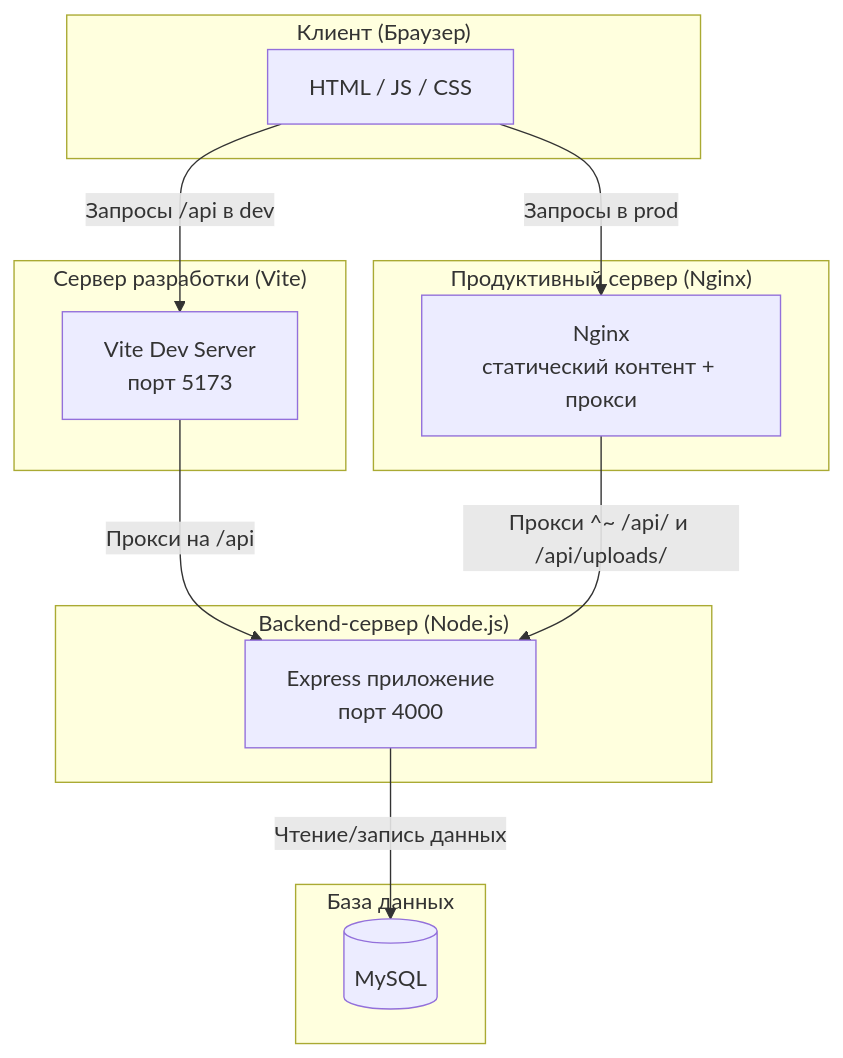
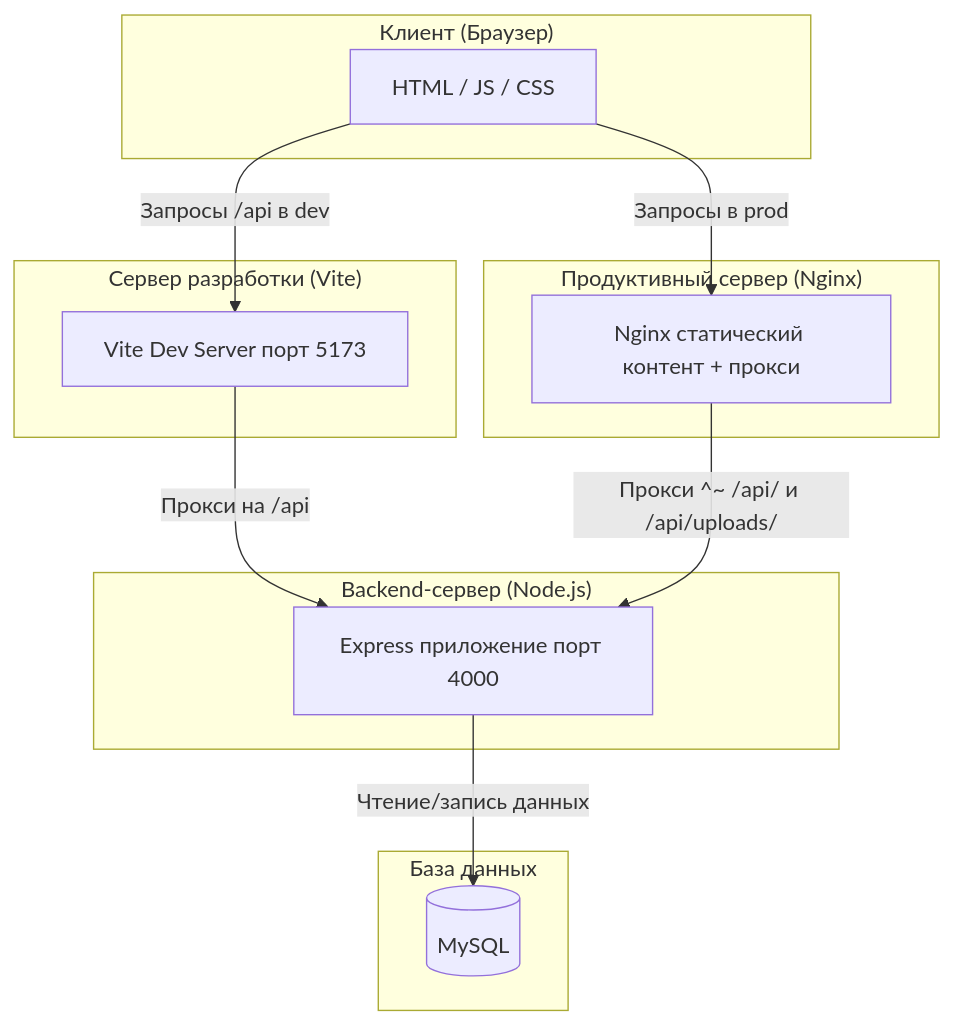
One commit to Syharik3316/SyharikFinance changed the second of 3 diagrams in README.md. Above: the diagram before and after it, drawn with Mermaid. The commit also changed other lines of this file, not shown here.

````diff
--- a/README.md
+++ b/README.md
@@ -71,28 +71,28 @@
 ```mermaid
 graph TD
     subgraph "Клиент (Браузер)"
         A[HTML / JS / CSS]
     end
 
     subgraph "Сервер разработки (Vite)"
-        B[Vite Dev Server\nпорт 5173]
+        B[Vite Dev Server порт 5173]
     end
 
     subgraph "Продуктивный сервер (Nginx)"
-        C[Nginx\nстатический контент + прокси]
+        C[Nginx статический контент + прокси]
     end
 
     subgraph "Backend-сервер (Node.js)"
-        D[Express приложение\nпорт 4000]
+        D[Express приложение порт 4000]
     end
 
     subgraph "База данных"
         E[(MySQL)]
     end
 
     A -- "Запросы /api в dev" --> B
     B -- "Прокси на /api" --> D
     A -- "Запросы в prod" --> C
     C -- "Прокси ^~ /api/ и /api/uploads/" --> D
     D -- "Чтение/запись данных" --> E
 ```
````
